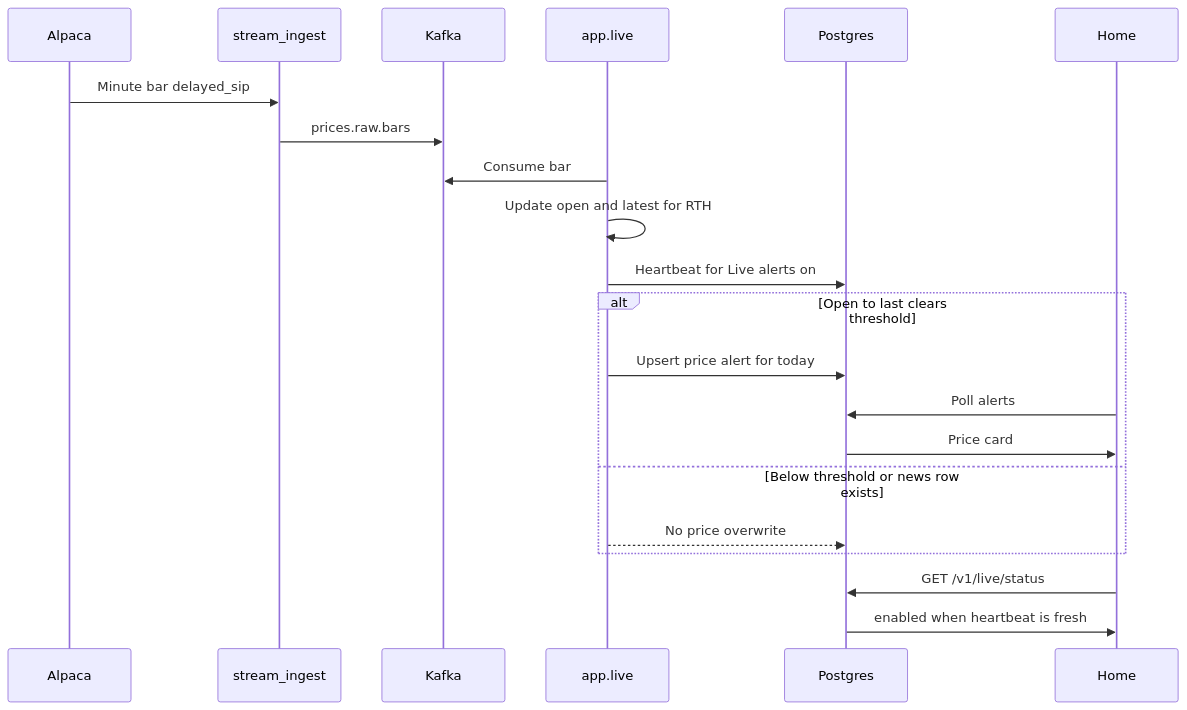
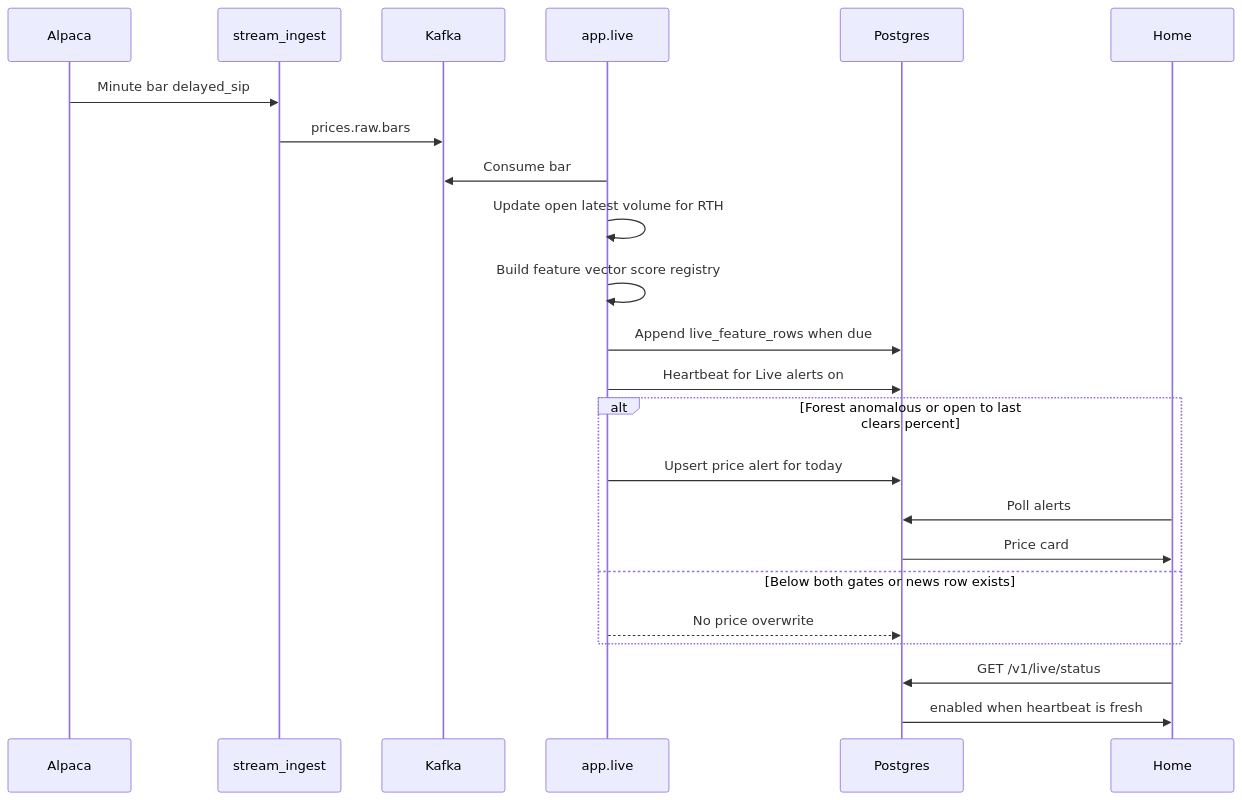
The fourth of 10 diagrams in docs/architecture.md (sameerde4/ticker-alert-system), drawn with Mermaid before and after one commit. The commit also changed other lines of this file and 4 other files, not shown here.

First line of the commit message:
Document live forest as-built and price-then-news as the local final join.

````diff
--- a/docs/architecture.md
+++ b/docs/architecture.md
@@ -193,24 +205,26 @@
 ```mermaid
 sequenceDiagram
     participant Alpaca
     participant Producer as stream_ingest
     participant Kafka
     participant Live as app.live
     participant PG as Postgres
     participant UI as Home
 
     Alpaca->>Producer: Minute bar delayed_sip
     Producer->>Kafka: prices.raw.bars
     Live->>Kafka: Consume bar
-    Live->>Live: Update open and latest for RTH
+    Live->>Live: Update open latest volume for RTH
+    Live->>Live: Build feature vector score registry
+    Live->>PG: Append live_feature_rows when due
     Live->>PG: Heartbeat for Live alerts on
-    alt Open to last clears threshold
+    alt Forest anomalous or open to last clears percent
         Live->>PG: Upsert price alert for today
         UI->>PG: Poll alerts
         PG->>UI: Price card
-    else Below threshold or news row exists
+    else Below both gates or news row exists
         Live-->>PG: No price overwrite
     end
     UI->>PG: GET /v1/live/status
     PG->>UI: enabled when heartbeat is fresh
 ```
````
